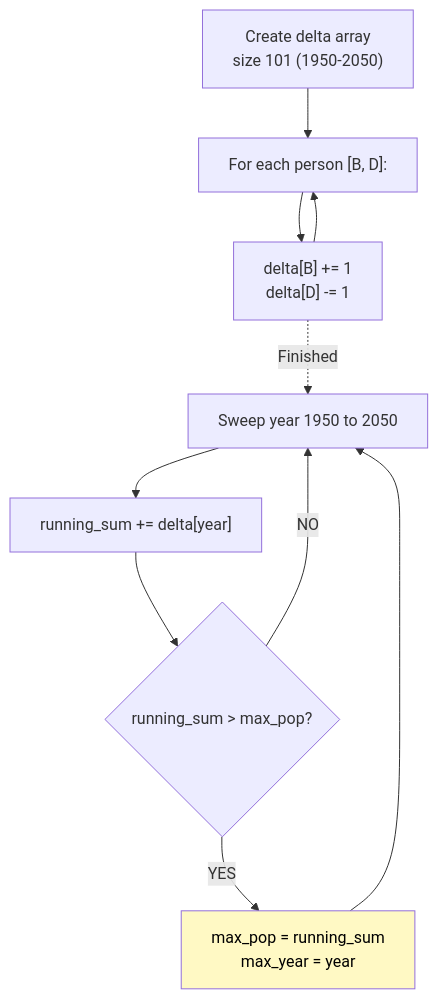
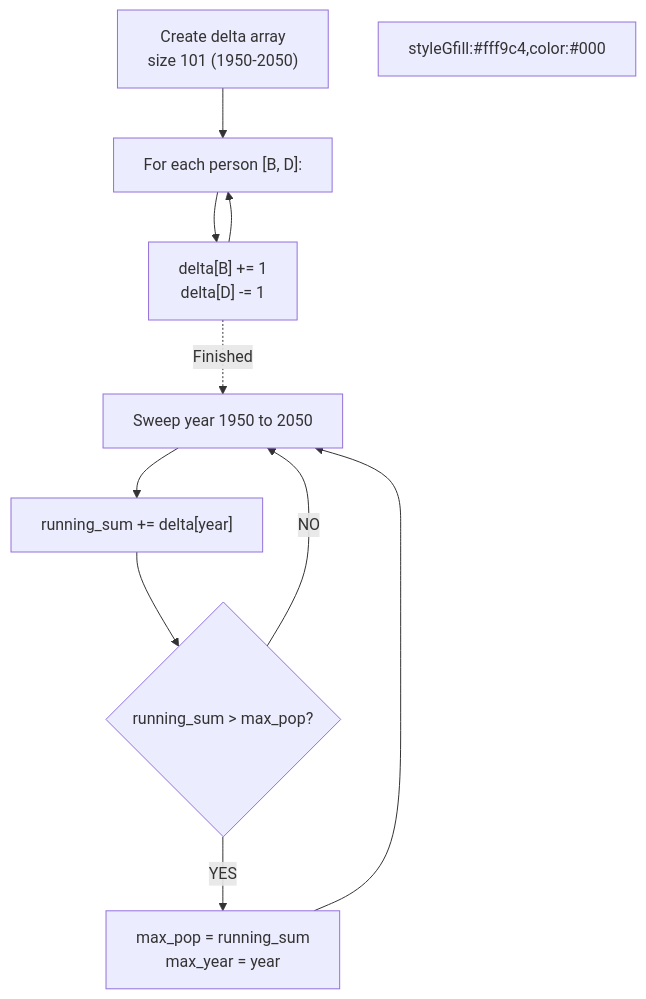
Before and after one commit to vadde/DSA: the diagram in 32 - Counting Pattern/problem_07_maximum_population_year_walkthrough.md, drawn with Mermaid. The commit also changed 245 other files, not shown here.

First line of the commit message:
fix: Forensic fix of all Mermaid rendering issues across entire DSA repo + add pre-commit validation infrastructure

````diff
--- a/32 - Counting Pattern/problem_07_maximum_population_year_walkthrough.md
+++ b/32 - Counting Pattern/problem_07_maximum_population_year_walkthrough.md
@@ -39,15 +39,15 @@
 ```mermaid
 flowchart TD
     A["Create delta array\nsize 101 (1950-2050)"] --> B["For each person [B, D]:"]
     B --> C["delta[B] += 1\ndelta[D] -= 1"]
     C --> B
-    
-    C -.->|Finished| D["Sweep year 1950 to 2050"]
+
+C -.->|Finished| D["Sweep year 1950 to 2050"]
     D --> E["running_sum += delta[year]"]
     E --> F{"running_sum > max_pop?"}
     F -->|YES| G["max_pop = running_sum\nmax_year = year"]
     F -->|NO| D
     G --> D
-    
-    style G fill:#fff9c4,color:#000
+
+styleGfill:#fff9c4,color:#000
 ```
````
